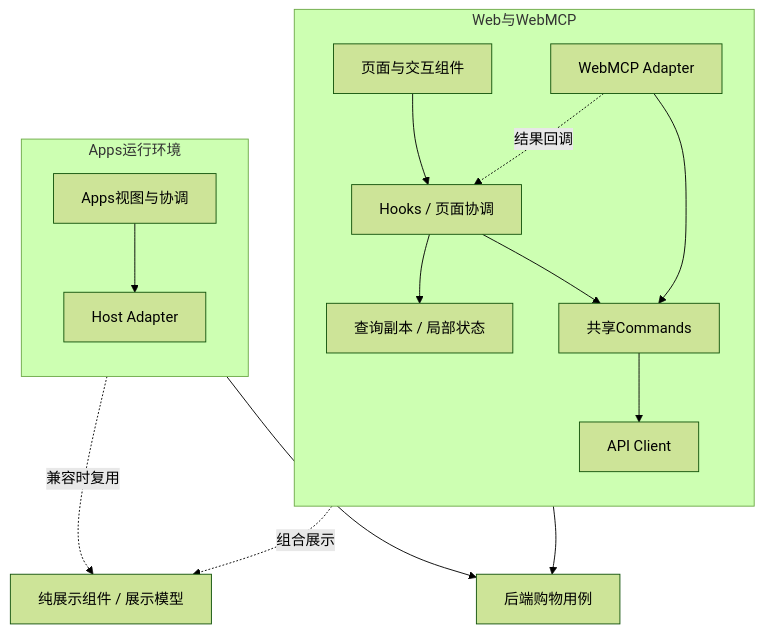
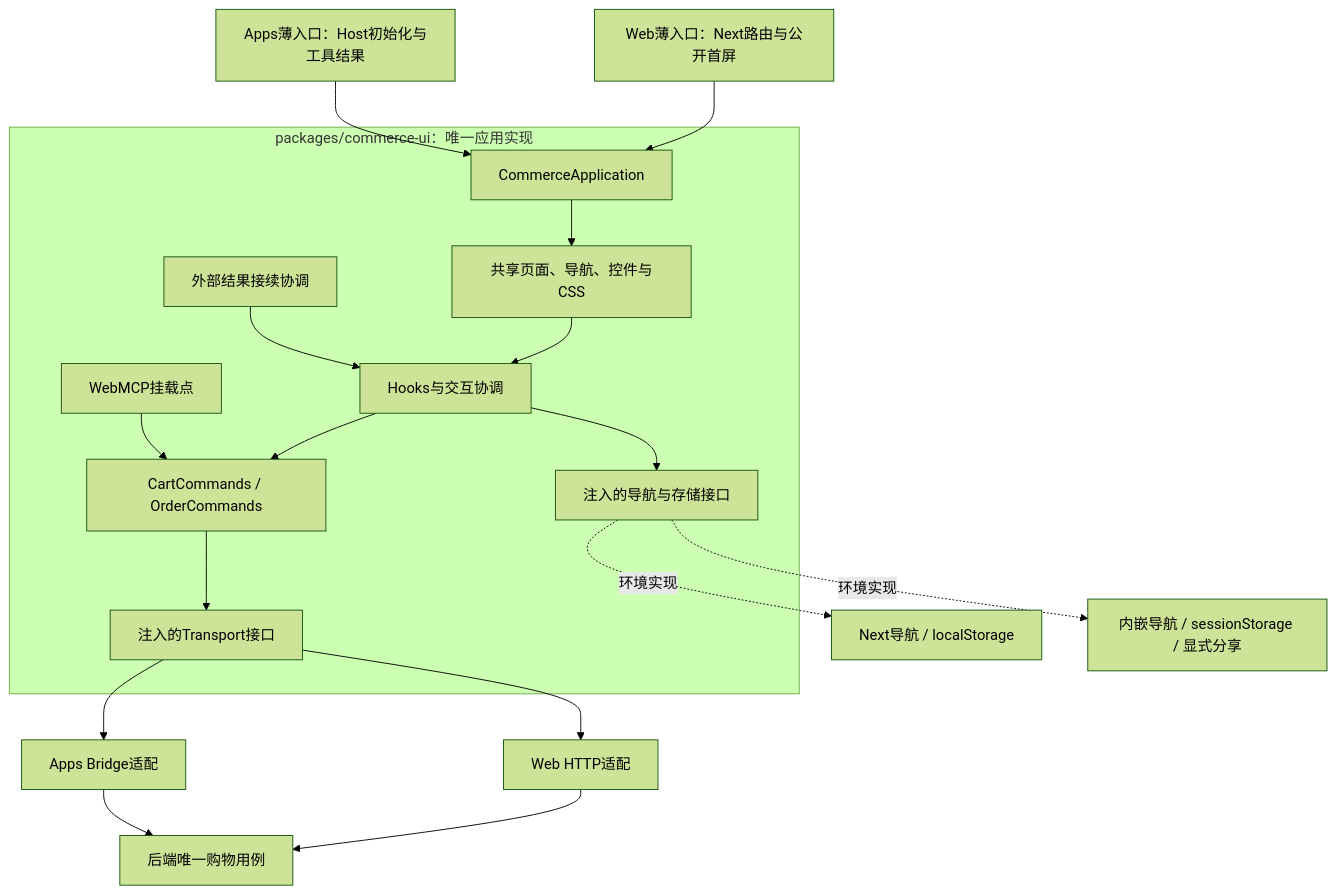
The fifth of 14 diagrams in docs/engineering/TECHNICAL_DESIGN.md (linshuohao/agent-ready-store), drawn with Mermaid (forest theme) before and after one commit. The commit also changed other lines of this file and 94 other files, not shown here.

Commit message:
refactor: share complete commerce application across web and apps

````diff
--- a/docs/engineering/TECHNICAL_DESIGN.md
+++ b/docs/engineering/TECHNICAL_DESIGN.md
@@ -245,20 +250,20 @@
 ```mermaid
 flowchart TB
-    subgraph WebEnv[Web与WebMCP]
-        direction TB
-        Page[页面与交互组件] --> Hook[Hooks / 页面协调]
-        WM[WebMCP Adapter] --> Cmd[共享Commands]
-        Hook --> Cmd
-        WM -. 结果回调 .-> Hook
-        Hook --> Q[查询副本 / 局部状态]
-        Cmd --> API[API Client]
+    Web[Web薄入口：Next路由与公开首屏] --> App
+    Apps[Apps薄入口：Host初始化与工具结果] --> App
+    subgraph Shared[packages/commerce-ui：唯一应用实现]
+        App[CommerceApplication] --> Pages[共享页面、导航、控件与CSS]
+        Pages --> Hooks[Hooks与交互协调]
+        Delivery[外部结果接续协调] --> Hooks
+        Hooks --> Commands[CartCommands / OrderCommands]
+        WM[WebMCP挂载点] --> Commands
+        Commands --> Transport[注入的Transport接口]
+        Hooks --> Runtime[注入的导航与存储接口]
     end
-    subgraph AppsEnv[Apps运行环境]
-        direction TB
-        Apps[Apps视图与协调] --> Host[Host Adapter]
-    end
-    Page -. 组合展示 .-> Pure[纯展示组件 / 展示模型]
-    Apps -. 兼容时复用 .-> Pure
-    API --> Backend[后端购物用例]
-    Host --> Backend
+    Transport --> HTTP[Web HTTP适配]
+    Transport --> Bridge[Apps Bridge适配]
+    Runtime -. 环境实现 .-> WebAdapter[Next导航 / localStorage]
+    Runtime -. 环境实现 .-> HostAdapter[内嵌导航 / sessionStorage / 显式分享]
+    HTTP --> Backend[后端唯一购物用例]
+    Bridge --> Backend
 ```
````
